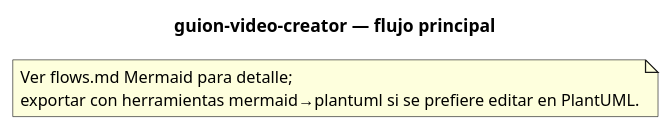
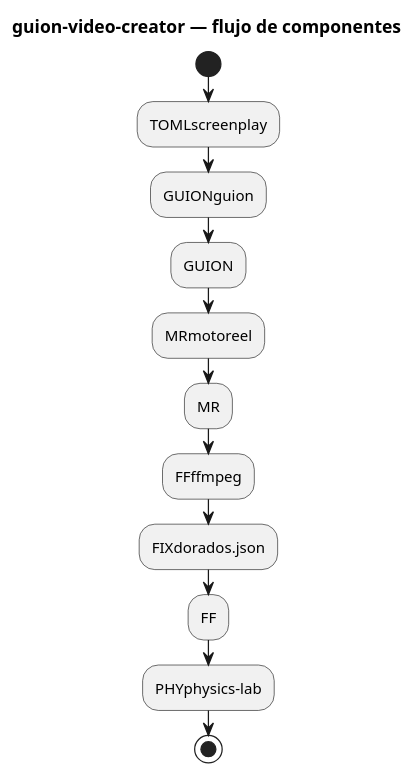
The third of 3 diagrams in docs/flows.md (westerngazoo/guion-video-creator), drawn with PlantUML before and after one commit. The commit also changed other lines of this file and 4 other files, not shown here.

````diff
--- a/docs/flows.md
+++ b/docs/flows.md
@@ -25,9 +45,17 @@
 ```plantuml
 @startuml
-title guion-video-creator — flujo principal
-note as N1
-Ver flows.md Mermaid para detalle;
-exportar con herramientas mermaid→plantuml si se prefiere editar en PlantUML.
-end note
+title guion-video-creator — flujo de componentes
+start
+:TOMLscreenplay;
+:GUIONguion;
+:GUION;
+:MRmotoreel;
+:MR;
+:FFffmpeg;
+:FIXdorados.json;
+:FF;
+:PHYphysics-lab;
+stop
+
 @enduml
 ```
````
